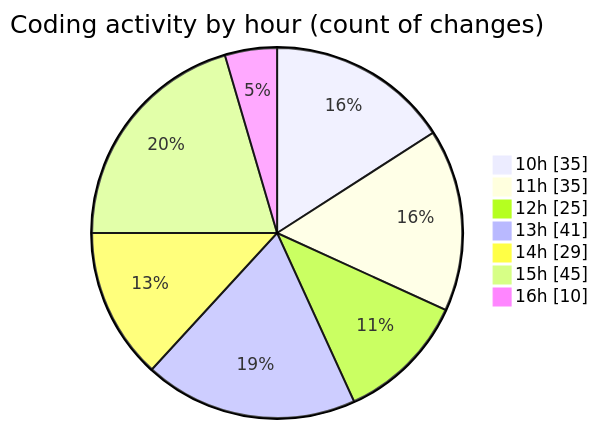
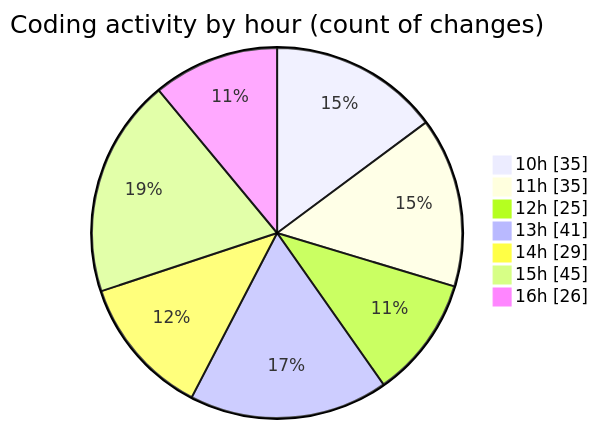
Before and after one commit to momahboobian/code-tracking: the second of 2 diagrams in 2025-03-26/cda/README.md, drawn with Mermaid. The commit also changed other lines of this file and 1 other file, not shown here.

````diff
--- a/2025-03-26/cda/README.md
+++ b/2025-03-26/cda/README.md
@@ -55,11 +55,11 @@
 ```mermaid
 pie showData
 title Coding activity by hour (count of changes)
 "10h" : 35
 "11h" : 35
 "12h" : 25
 "13h" : 41
 "14h" : 29
 "15h" : 45
-"16h" : 10
+"16h" : 26
 ```
````
